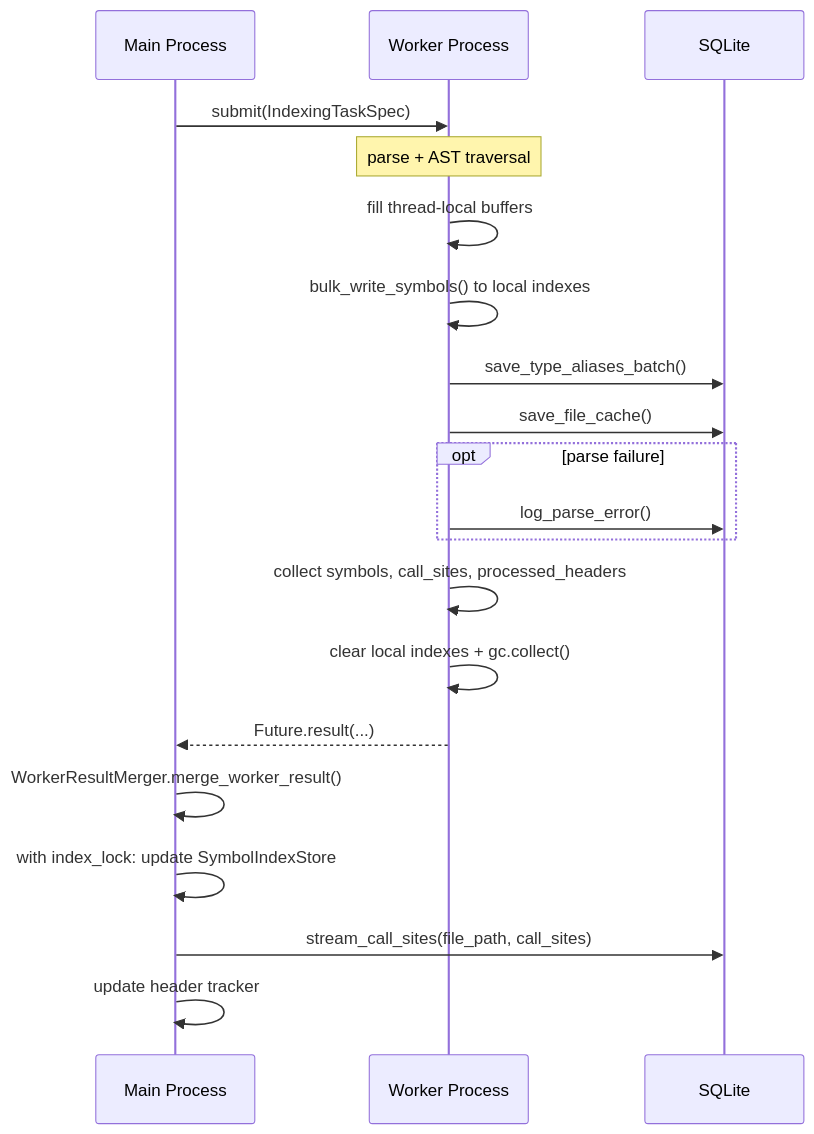
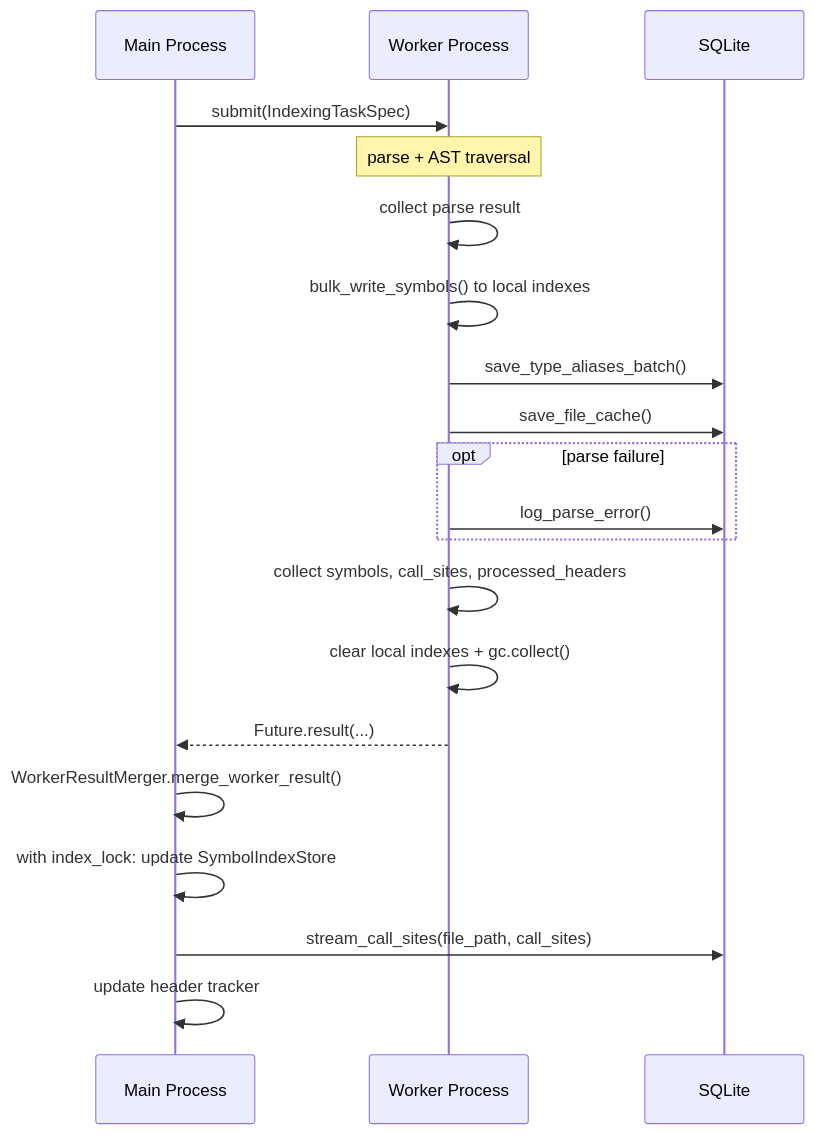
One commit to andreymedv/clang_index_mcp changed the second of 3 diagrams in docs/ARCHITECTURE.md. Above: the diagram before and after it, drawn with Mermaid. The commit also changed other lines of this file and 4 other files, not shown here.

````diff
--- a/docs/ARCHITECTURE.md
+++ b/docs/ARCHITECTURE.md
@@ -179,24 +179,24 @@
 ```mermaid
 sequenceDiagram
     participant MP as Main Process
     participant WP as Worker Process
     participant DB as SQLite
 
     MP->>WP: submit(IndexingTaskSpec)
     Note over WP: parse + AST traversal
-    WP->>WP: fill thread-local buffers
+    WP->>WP: collect parse result
     WP->>WP: bulk_write_symbols() to local indexes
     WP->>DB: save_type_aliases_batch()
     WP->>DB: save_file_cache()
     opt parse failure
         WP->>DB: log_parse_error()
     end
     WP->>WP: collect symbols, call_sites, processed_headers
     WP->>WP: clear local indexes + gc.collect()
     WP-->>MP: Future.result(...)
 
     MP->>MP: WorkerResultMerger.merge_worker_result()
     MP->>MP: with index_lock: update SymbolIndexStore
     MP->>DB: stream_call_sites(file_path, call_sites)
     MP->>MP: update header tracker
 ```
````
